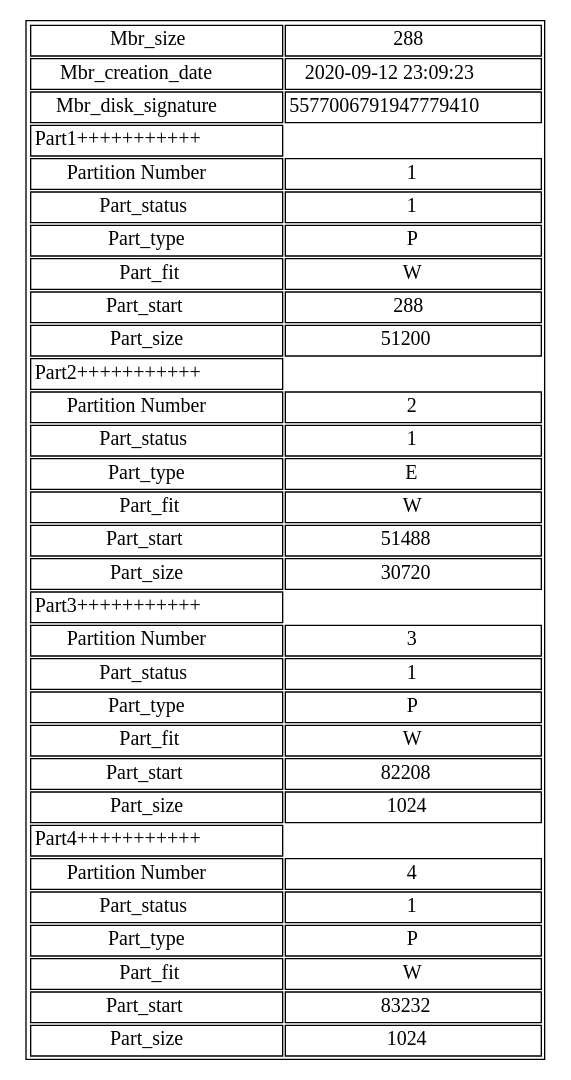
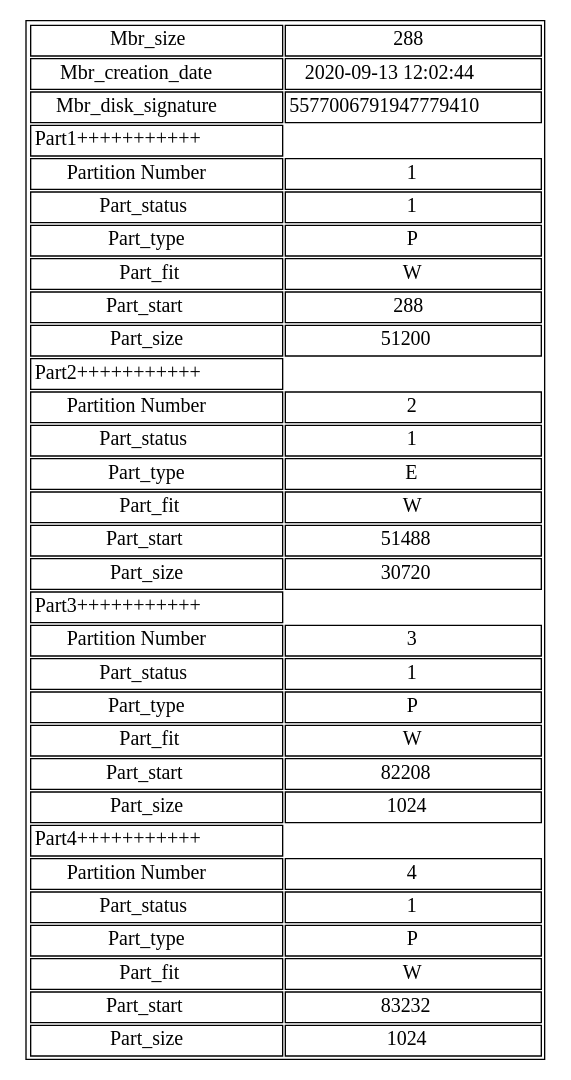
One commit to elJuanjoRamos/-MIA-Proyecto1_201801262 changed the diagram in reports/dots/mbr.jpg.dot. Above: the diagram before and after it, drawn with Graphviz. The commit also changed 8 other files, not shown here.

```diff
--- a/reports/dots/mbr.jpg.dot
+++ b/reports/dots/mbr.jpg.dot
@@ -1,1 +1,1 @@
-digraph test { graph [ratio=fill];node [label="Grafica", fontsize=15, shape=plaintext];graph [bb="0,0,352,154"];arset [label=<<TABLE><TR><TD>Mbr_size</TD><TD>288</TD></TR><TR><TD>Mbr_creation_date</TD><TD>2020-09-12 23:09:23</TD></TR><TR><TD>Mbr_disk_signature</TD><TD>5577006791947779410</TD></TR><TR><TD>Part1+++++++++++</TD></TR><TR><TD>Partition Number</TD><TD>1</TD></TR><TR><TD>Part_status</TD><TD>1</TD></TR><TR><TD>Part_type</TD><TD>P</TD></TR><TR><TD>Part_fit</TD><TD>W</TD></TR><TR><TD>Part_start</TD><TD>288</TD></TR><TR><TD>Part_size</TD><TD>51200</TD></TR><TR><TD>Part2+++++++++++</TD></TR><TR><TD>Partition Number</TD><TD>2</TD></TR><TR><TD>Part_status</TD><TD>1</TD></TR><TR><TD>Part_type</TD><TD>E</TD></TR><TR><TD>Part_fit</TD><TD>W</TD></TR><TR><TD>Part_start</TD><TD>51488</TD></TR><TR><TD>Part_size</TD><TD>30720</TD></TR><TR><TD>Part3+++++++++++</TD></TR><TR><TD>Partition Number</TD><TD>3</TD></TR><TR><TD>Part_status</TD><TD>1</TD></TR><TR><TD>Part_type</TD><TD>P</TD></TR><TR><TD>Part_fit</TD><TD>W</TD></TR><TR><TD>Part_start</TD><TD>82208</TD></TR><TR><TD>Part_size</TD><TD>1024</TD></TR><TR><TD>Part4+++++++++++</TD></TR><TR><TD>Partition Number</TD><TD>4</TD></TR><TR><TD>Part_status</TD><TD>1</TD></TR><TR><TD>Part_type</TD><TD>P</TD></TR><TR><TD>Part_fit</TD><TD>W</TD></TR><TR><TD>Part_start</TD><TD>83232</TD></TR><TR><TD>Part_size</TD><TD>1024</TD></TR></TABLE>>, ];}
+digraph test { graph [ratio=fill];node [label="Grafica", fontsize=15, shape=plaintext];graph [bb="0,0,352,154"];arset [label=<<TABLE><TR><TD>Mbr_size</TD><TD>288</TD></TR><TR><TD>Mbr_creation_date</TD><TD>2020-09-13 12:02:44</TD></TR><TR><TD>Mbr_disk_signature</TD><TD>5577006791947779410</TD></TR><TR><TD>Part1+++++++++++</TD></TR><TR><TD>Partition Number</TD><TD>1</TD></TR><TR><TD>Part_status</TD><TD>1</TD></TR><TR><TD>Part_type</TD><TD>P</TD></TR><TR><TD>Part_fit</TD><TD>W</TD></TR><TR><TD>Part_start</TD><TD>288</TD></TR><TR><TD>Part_size</TD><TD>51200</TD></TR><TR><TD>Part2+++++++++++</TD></TR><TR><TD>Partition Number</TD><TD>2</TD></TR><TR><TD>Part_status</TD><TD>1</TD></TR><TR><TD>Part_type</TD><TD>E</TD></TR><TR><TD>Part_fit</TD><TD>W</TD></TR><TR><TD>Part_start</TD><TD>51488</TD></TR><TR><TD>Part_size</TD><TD>30720</TD></TR><TR><TD>Part3+++++++++++</TD></TR><TR><TD>Partition Number</TD><TD>3</TD></TR><TR><TD>Part_status</TD><TD>1</TD></TR><TR><TD>Part_type</TD><TD>P</TD></TR><TR><TD>Part_fit</TD><TD>W</TD></TR><TR><TD>Part_start</TD><TD>82208</TD></TR><TR><TD>Part_size</TD><TD>1024</TD></TR><TR><TD>Part4+++++++++++</TD></TR><TR><TD>Partition Number</TD><TD>4</TD></TR><TR><TD>Part_status</TD><TD>1</TD></TR><TR><TD>Part_type</TD><TD>P</TD></TR><TR><TD>Part_fit</TD><TD>W</TD></TR><TR><TD>Part_start</TD><TD>83232</TD></TR><TR><TD>Part_size</TD><TD>1024</TD></TR></TABLE>>, ];}
```
